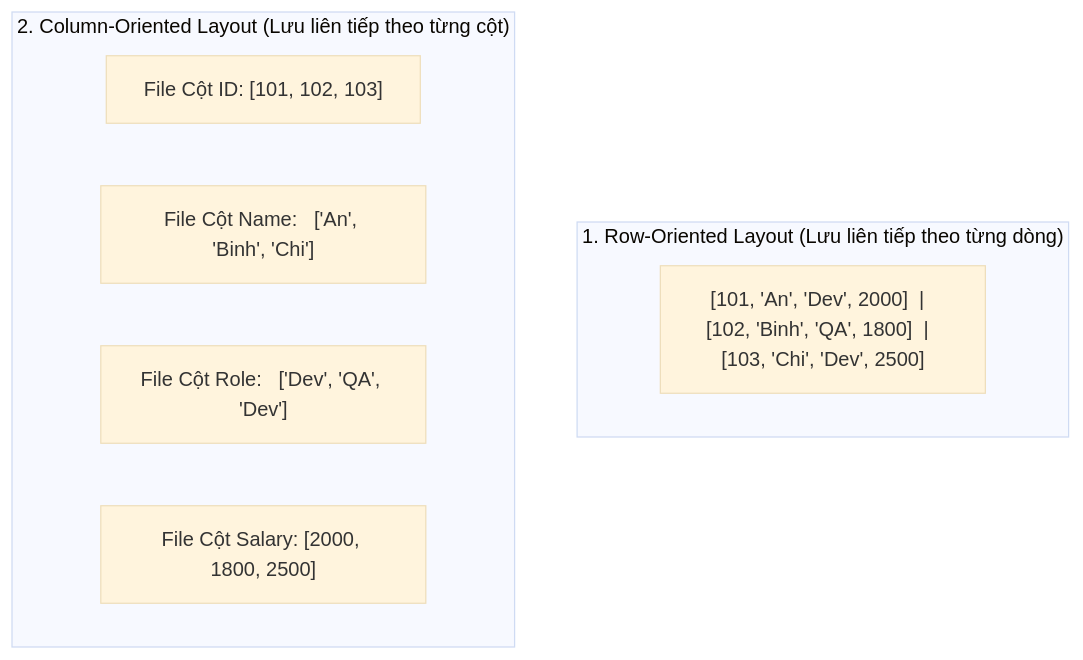
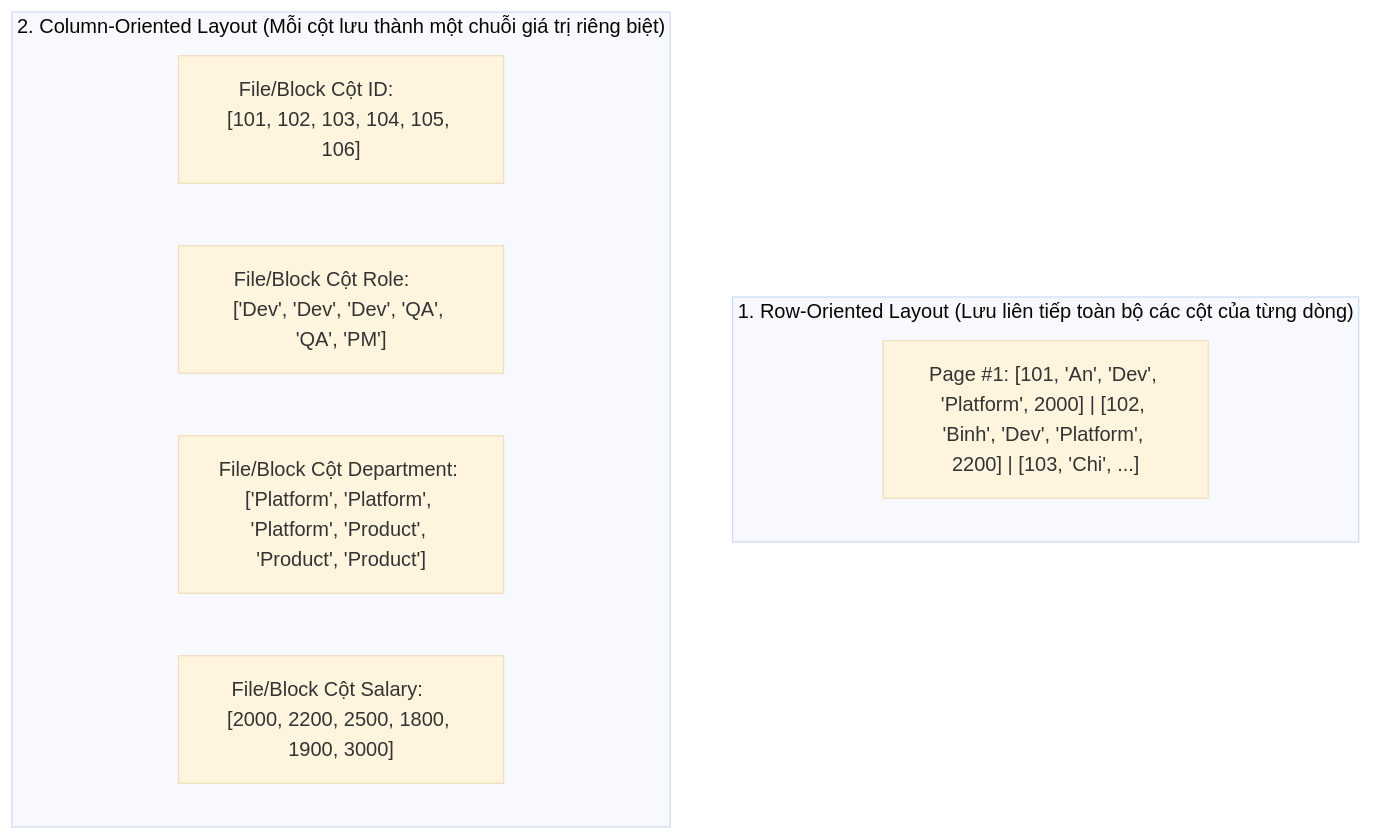
Before and after one commit to namaewanam/namaewanam.github.io: the first of 2 diagrams in docs/Database-Internals-Notes/database-internals-chapter1.vi.md, drawn with Mermaid (base theme). The commit also changed other lines of this file and 29 other files, not shown here.

````diff
--- a/docs/Database-Internals-Notes/database-internals-chapter1.vi.md
+++ b/docs/Database-Internals-Notes/database-internals-chapter1.vi.md
@@ -80,12 +128,12 @@
 ```mermaid
 flowchart TB
-    subgraph RowLayout["1. Row-Oriented Layout (Lưu liên tiếp theo từng dòng)"]
-        R["[101, 'An', 'Dev', 2000]  |  [102, 'Binh', 'QA', 1800]  |  [103, 'Chi', 'Dev', 2500]"]
+    subgraph RowLayout["1. Row-Oriented Layout (Lưu liên tiếp toàn bộ các cột của từng dòng)"]
+        R["Page #1: [101, 'An', 'Dev', 'Platform', 2000] | [102, 'Binh', 'Dev', 'Platform', 2200] | [103, 'Chi', ...]"]
     end
-    subgraph ColLayout["2. Column-Oriented Layout (Lưu liên tiếp theo từng cột)"]
-        C1["File Cột ID:     [101, 102, 103]"]
-        C2["File Cột Name:   ['An', 'Binh', 'Chi']"]
-        C3["File Cột Role:   ['Dev', 'QA', 'Dev']"]
-        C4["File Cột Salary: [2000, 1800, 2500]"]
+    subgraph ColLayout["2. Column-Oriented Layout (Mỗi cột lưu thành một chuỗi giá trị riêng biệt)"]
+        C1["File/Block Cột ID:         [101, 102, 103, 104, 105, 106]"]
+        C2["File/Block Cột Role:       ['Dev', 'Dev', 'Dev', 'QA', 'QA', 'PM']"]
+        C3["File/Block Cột Department: ['Platform', 'Platform', 'Platform', 'Product', 'Product', 'Product']"]
+        C4["File/Block Cột Salary:     [2000, 2200, 2500, 1800, 1900, 3000]"]
     end
 ```
````
